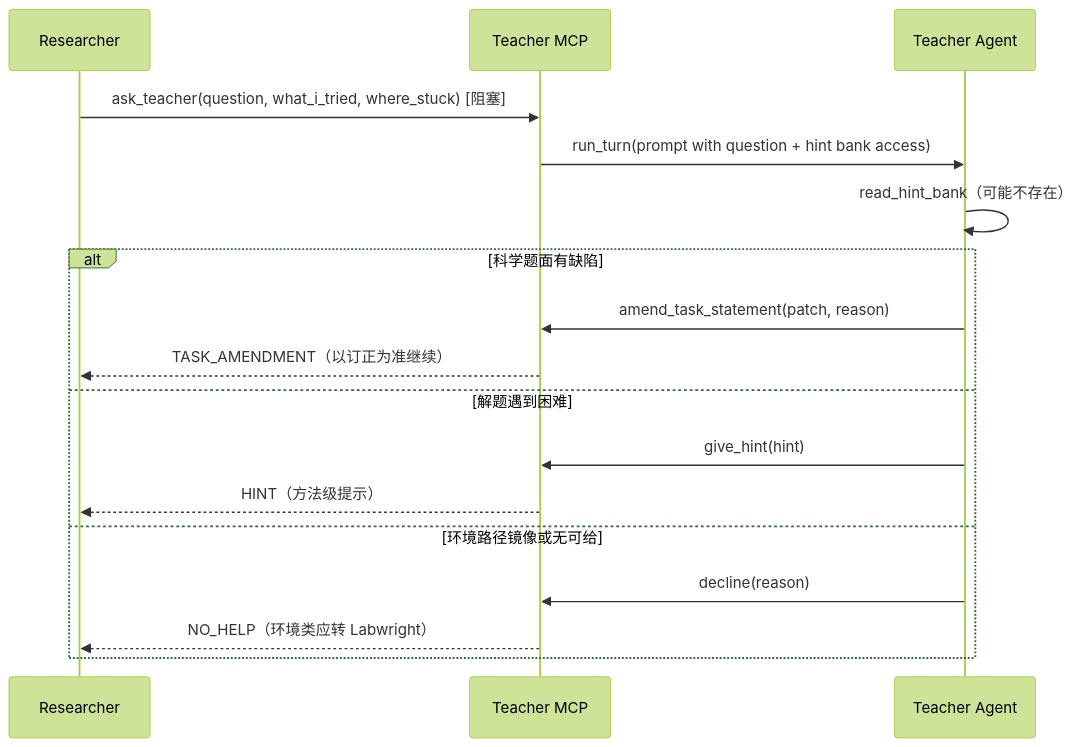
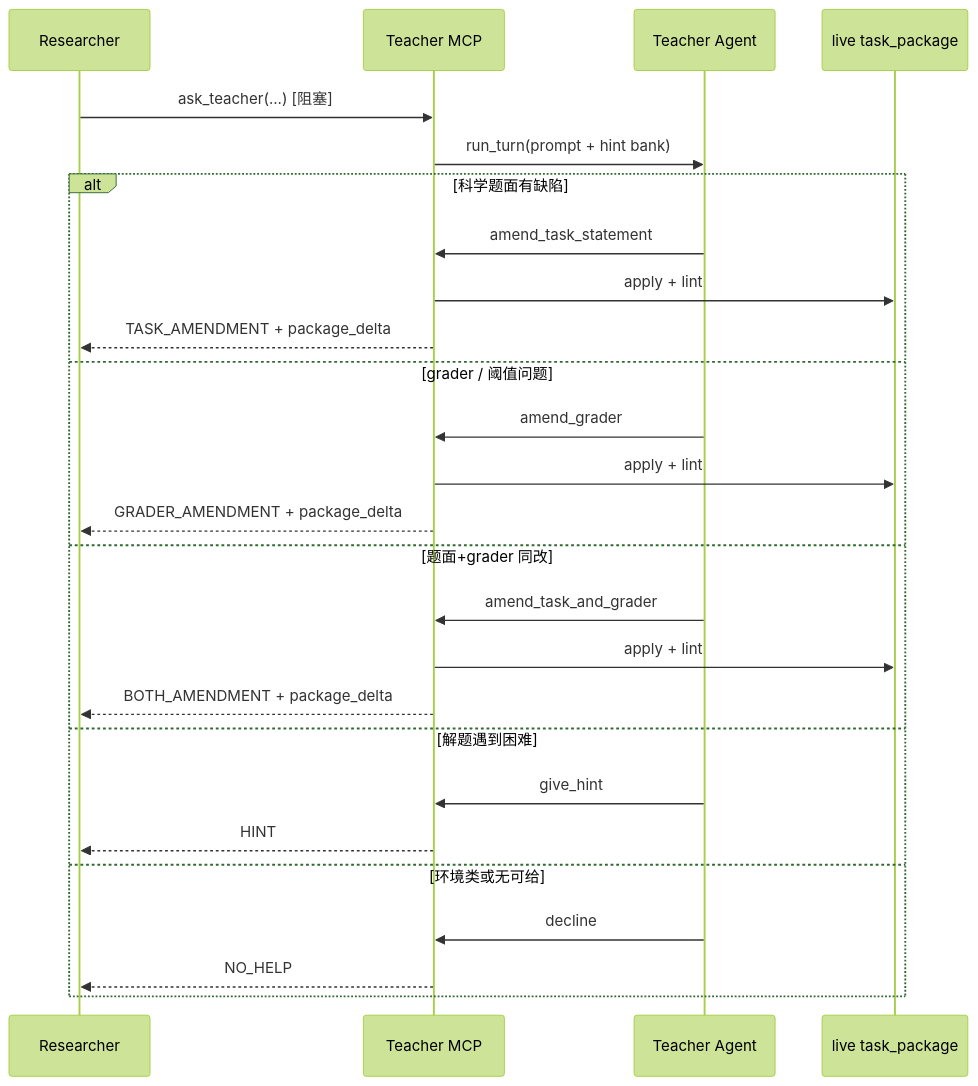
Before and after one commit to i2vec/zero: the third of 3 diagrams in AGENT.md, drawn with Mermaid (forest theme). The commit also changed other lines of this file and 47 other files, not shown here.

````diff
--- a/AGENT.md
+++ b/AGENT.md
@@ -204,20 +285,29 @@
 ```mermaid
 sequenceDiagram
     participant R as Researcher
     participant TS as Teacher MCP
     participant TA as Teacher Agent
+    participant LP as live task_package
 
-    R->>TS: ask_teacher(question, what_i_tried, where_stuck)  [阻塞]
-    TS->>TA: run_turn(prompt with question + hint bank access)
-    TA->>TA: read_hint_bank（可能不存在）
+    R->>TS: ask_teacher(...)  [阻塞]
+    TS->>TA: run_turn(prompt + hint bank)
     alt 科学题面有缺陷
-        TA->>TS: amend_task_statement(patch, reason)
-        TS-->>R: TASK_AMENDMENT（以订正为准继续）
+        TA->>TS: amend_task_statement
+        TS->>LP: apply + lint
+        TS-->>R: TASK_AMENDMENT + package_delta
+    else grader / 阈值问题
+        TA->>TS: amend_grader
+        TS->>LP: apply + lint
+        TS-->>R: GRADER_AMENDMENT + package_delta
+    else 题面+grader 同改
+        TA->>TS: amend_task_and_grader
+        TS->>LP: apply + lint
+        TS-->>R: BOTH_AMENDMENT + package_delta
     else 解题遇到困难
-        TA->>TS: give_hint(hint)
-        TS-->>R: HINT（方法级提示）
-    else 环境路径镜像或无可给
-        TA->>TS: decline(reason)
-        TS-->>R: NO_HELP（环境类应转 Labwright）
+        TA->>TS: give_hint
+        TS-->>R: HINT
+    else 环境类或无可给
+        TA->>TS: decline
+        TS-->>R: NO_HELP
     end
 ```
````
